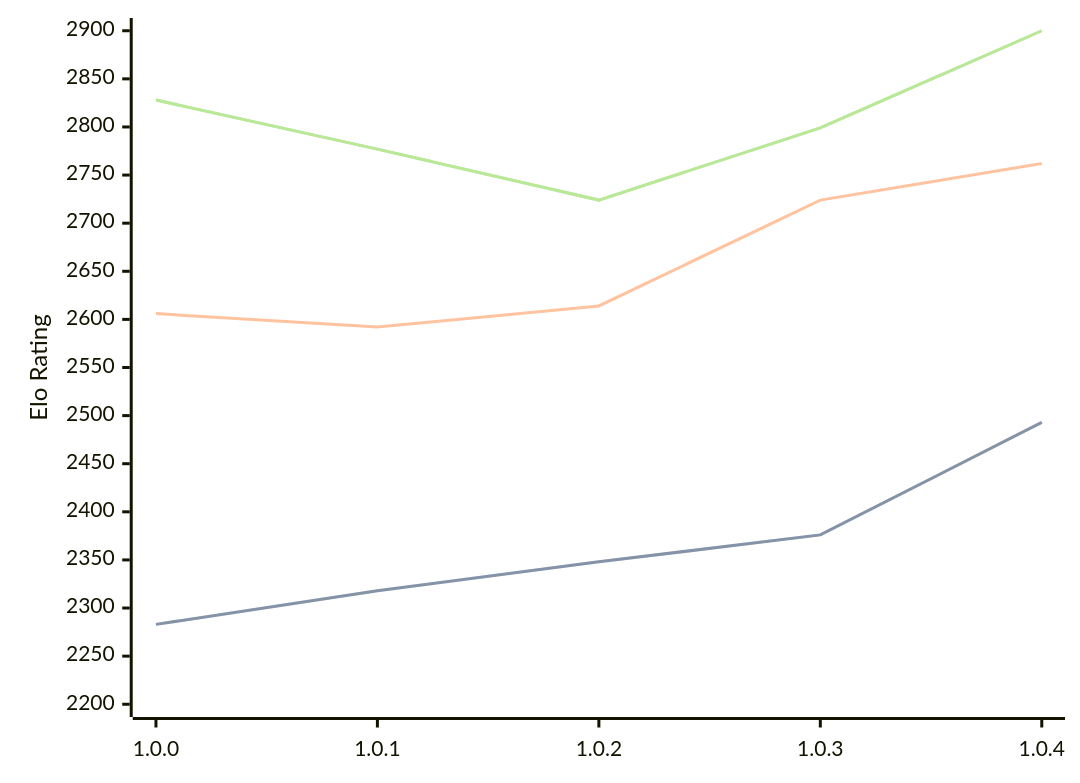
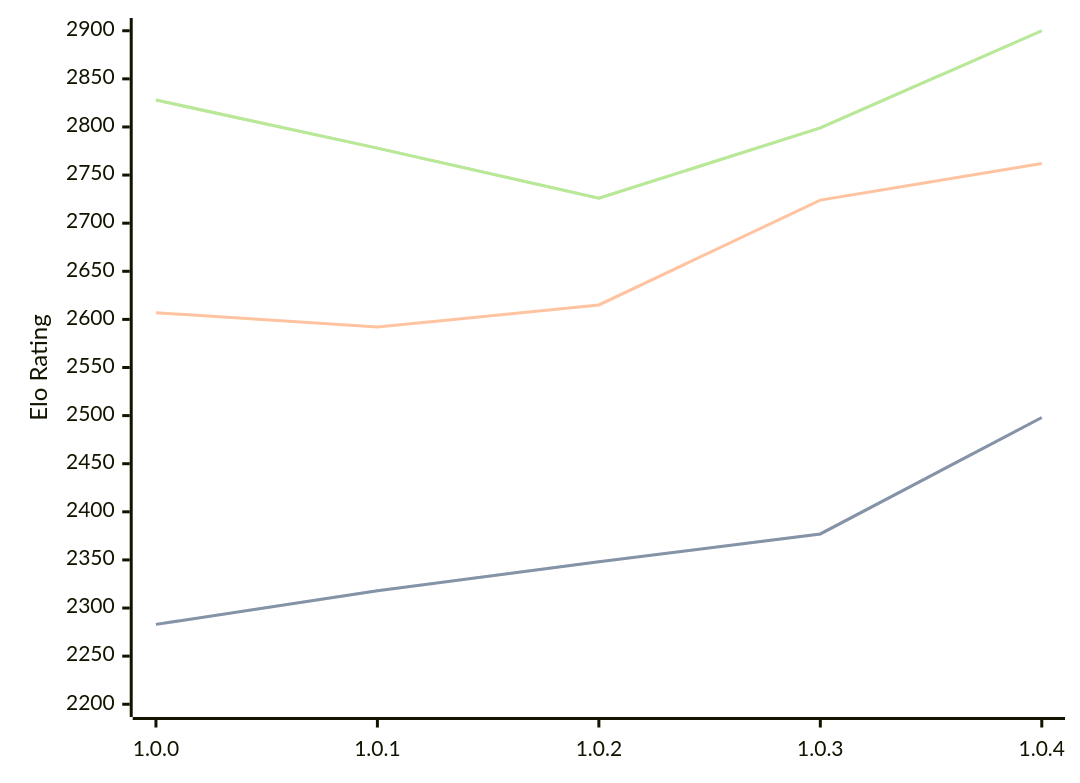
The diagram in engines/Grail.md (computer-chess-index/cci), drawn with Mermaid before and after one commit. The commit also changed other lines of this file, not shown here.

Commit message:
Update CCI Ratings (ELO VLTC) - 2026-02-17

````diff
--- a/engines/Grail.md
+++ b/engines/Grail.md
@@ -32,11 +32,11 @@
 ```mermaid
 %%{init: {"theme":"base","themeVariables":{"seriesColors:['#a3a3a3','#222221','#faa371']}}}%%
 xychart-beta
   x-axis ["1.0.0", "1.0.1", "1.0.2", "1.0.3", "1.0.4"]
   y-axis "Elo Rating" 2200 --> 2900
-  line "STC (8.0+0.08s)" [2283, 2318, 2348, 2376, 2493]
-  line "STC (8.0+0.08s)" [2283, 2318, 2348, 2376, 2493]
-  line "LTC (60.0+0.60s)" [2606, 2592, 2614, 2724, 2762]
-  line "VLTC (2m24s+1.12s)" [2828, 2777, 2724, 2799, 2900]
-  line "VLTC (2m24s+1.12s)" [2828, 2777, 2724, 2799, 2900]
+  line "STC (8.0+0.08s)" [2283, 2318, 2348, 2377, 2498]
+  line "STC (8.0+0.08s)" [2283, 2318, 2348, 2377, 2498]
+  line "LTC (60.0+0.60s)" [2607, 2592, 2615, 2724, 2762]
+  line "VLTC (2m24s+1.12s)" [2828, 2778, 2726, 2799, 2900]
+  line "VLTC (2m24s+1.12s)" [2828, 2778, 2726, 2799, 2900]
 ```
````
